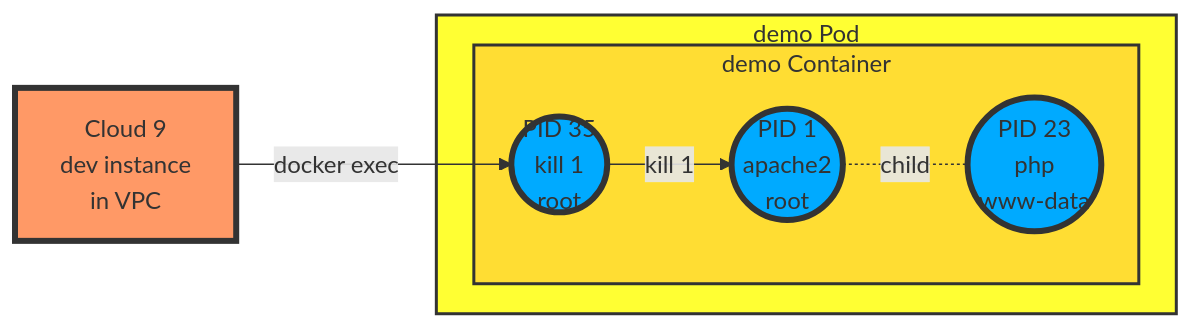
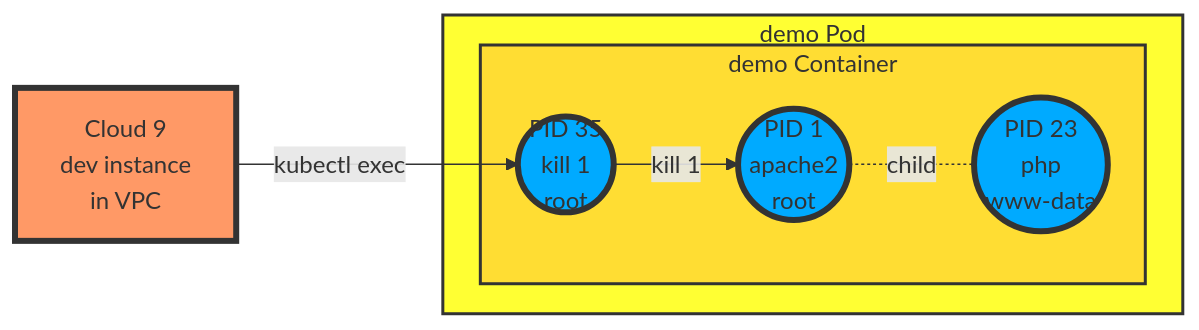
One commit to amcginlay/k8s-primer changed the second of 2 diagrams in content/019_orchestrate_containers/_index.md. Above: the diagram before and after it, drawn with Mermaid. The commit also changed other lines of this file and 1 other file, not shown here.

```diff
--- a/content/019_orchestrate_containers/_index.md
+++ b/content/019_orchestrate_containers/_index.md
@@ -242,22 +242,22 @@
 {{< mermaid >}}
 graph LR
 cloud9[Cloud 9<br>dev instance<br>in VPC]
 subgraph pod[demo Pod]
   subgraph container[demo Container]
     apache((PID 1<br>apache2<br>root))
     demo((PID 23<br>php<br>www-data))
     kill((PID 35<br>kill 1<br>root))
   end
 end
-cloud9 -->|docker exec| kill
+cloud9 -->|kubectl exec| kill
 kill -->|kill 1| apache
 apache -.-|child| demo
 classDef orange fill:#f96,stroke:#333,stroke-width:4px;
 classDef blue2 fill:#0af,stroke:#333,stroke-width:4px;
 classDef yellow fill:#ff3,stroke:#333,stroke-width:2px;
 classDef yelloworange fill:#fd3,stroke:#333,stroke-width:2px;
 class cloud9 orange;
 class pod yellow;
 class container yelloworange;
 class apache,demo,kill blue2;
 {{< /mermaid >}}
```
